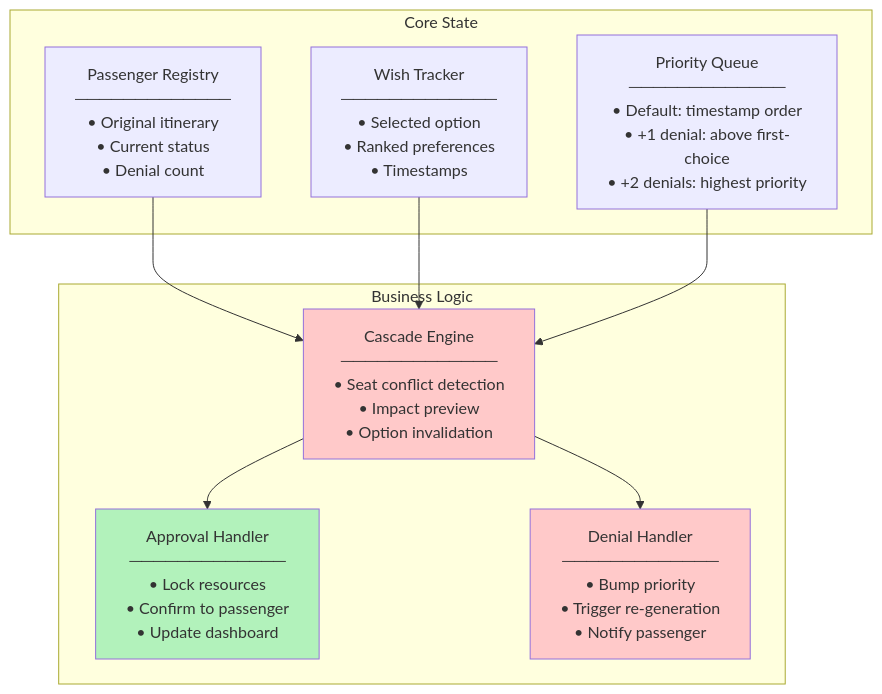
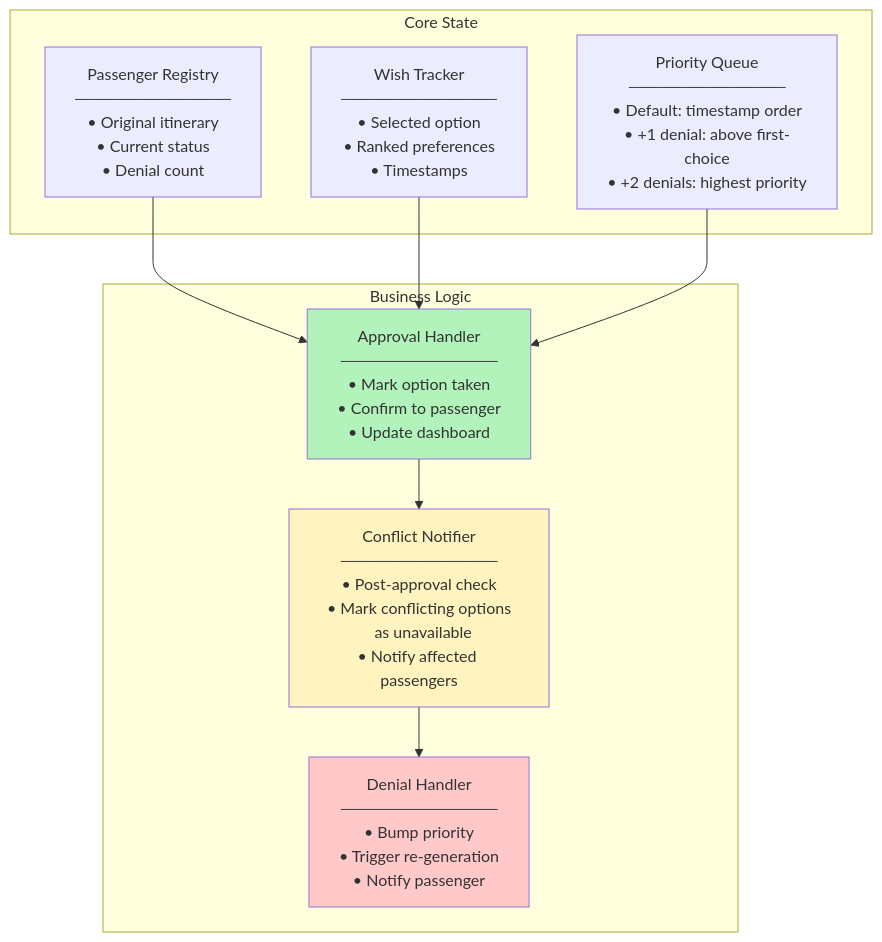
Before and after one commit to sussdorff/soft-landing: the sixth of 12 diagrams in docs/architecture.md, drawn with Mermaid. The commit also changed other lines of this file and 2 other files, not shown here.

First line of the commit message:
docs: apply architecture review — parallel roadmap, simplified cascade, simulator-first, gate-agent framing, API contract

````diff
--- a/docs/architecture.md
+++ b/docs/architecture.md
@@ -199,24 +209,24 @@
 ```mermaid
 graph TD
     subgraph Core["Core State"]
         PAX_REG["Passenger Registry<br/>─────────────<br/>• Original itinerary<br/>• Current status<br/>• Denial count"]
         WISH["Wish Tracker<br/>─────────────<br/>• Selected option<br/>• Ranked preferences<br/>• Timestamps"]
         PRIO["Priority Queue<br/>─────────────<br/>• Default: timestamp order<br/>• +1 denial: above first-choice<br/>• +2 denials: highest priority"]
     end
 
     subgraph Logic["Business Logic"]
-        CASCADE["Cascade Engine<br/>─────────────<br/>• Seat conflict detection<br/>• Impact preview<br/>• Option invalidation"]
-        APPROVE["Approval Handler<br/>─────────────<br/>• Lock resources<br/>• Confirm to passenger<br/>• Update dashboard"]
+        APPROVE["Approval Handler<br/>─────────────<br/>• Mark option taken<br/>• Confirm to passenger<br/>• Update dashboard"]
+        CONFLICT["Conflict Notifier<br/>─────────────<br/>• Post-approval check<br/>• Mark conflicting options<br/>  as unavailable<br/>• Notify affected passengers"]
         DENY["Denial Handler<br/>─────────────<br/>• Bump priority<br/>• Trigger re-generation<br/>• Notify passenger"]
     end
 
-    PAX_REG --> CASCADE
-    WISH --> CASCADE
-    PRIO --> CASCADE
-    CASCADE --> APPROVE
-    CASCADE --> DENY
+    PAX_REG --> APPROVE
+    WISH --> APPROVE
+    PRIO --> APPROVE
+    APPROVE --> CONFLICT
+    CONFLICT --> DENY
 
-    style CASCADE fill:#ffc9c9
+    style CONFLICT fill:#fff3bf
     style APPROVE fill:#b2f2bb
     style DENY fill:#ffc9c9
 ```
````
